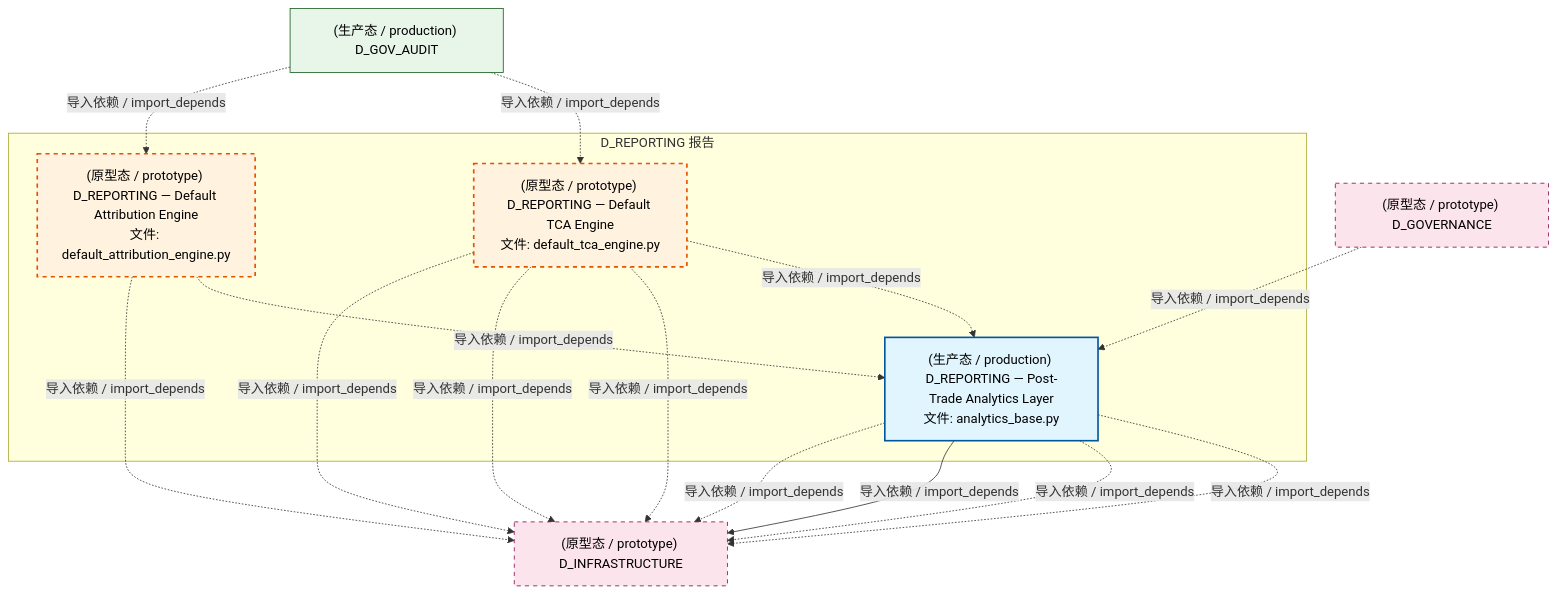
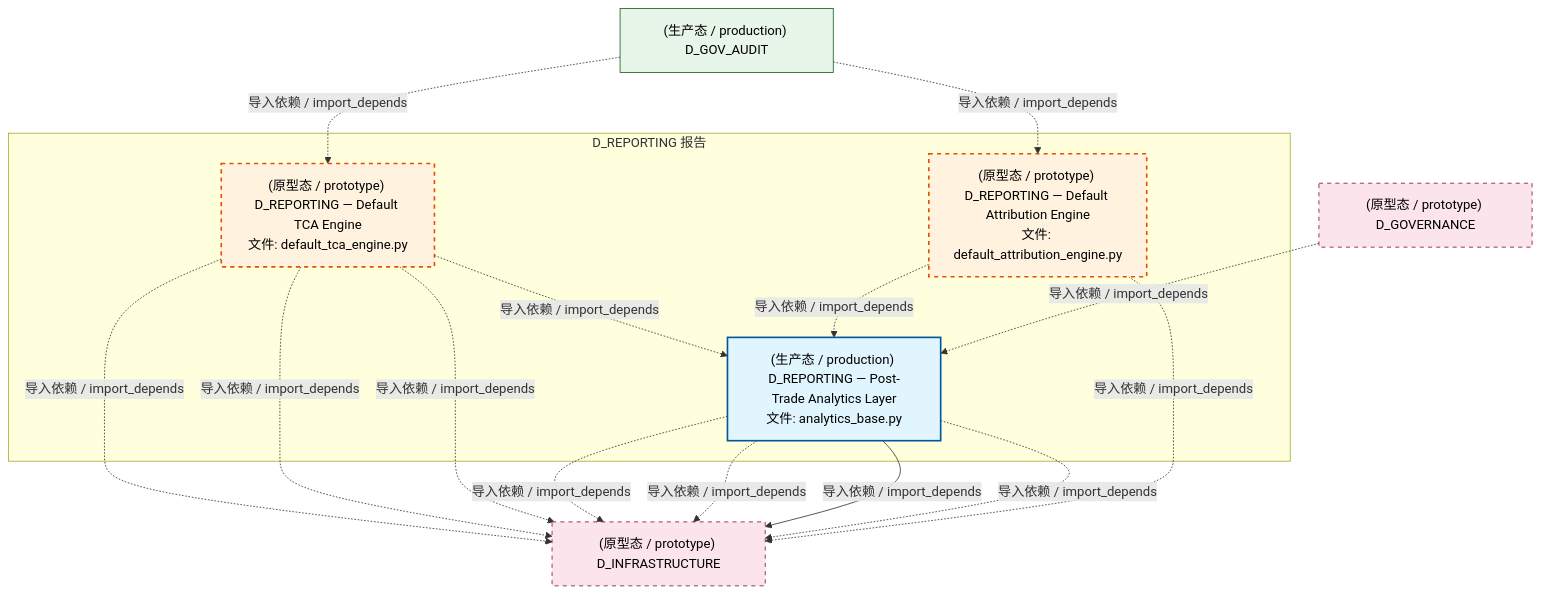
Before and after one commit to xuanFelixVan/ZephyrAlpha: the first of 4 diagrams in docs/02_enterprise_architecture/02_domain_architecture_docs/23_d_reporting.md, drawn with Mermaid. The commit also changed other lines of this file and 87 other files, not shown here.

````diff
--- a/docs/02_enterprise_architecture/02_domain_architecture_docs/23_d_reporting.md
+++ b/docs/02_enterprise_architecture/02_domain_architecture_docs/23_d_reporting.md
@@ -65,32 +65,32 @@
 ```mermaid
 graph TD
     subgraph D_REPORTING["D_REPORTING 报告"]
         src_zephyr_reporting_analytics_base_py["(生产态 / production) D_REPORTING — Post-Trade Analytics Layer<br/>文件: analytics_base.py"]
         src_zephyr_reporting_default_attribution_engine_py["(原型态 / prototype) D_REPORTING — Default Attribution Engine<br/>文件: default_attribution_engine.py"]
         src_zephyr_reporting_default_tca_engine_py["(原型态 / prototype) D_REPORTING — Default TCA Engine<br/>文件: default_tca_engine.py"]
     end
     src_zephyr_reporting_default_tca_engine_py -.->|导入依赖 / import_depends| src_zephyr_reporting_analytics_base_py
     src_zephyr_reporting_default_attribution_engine_py -.->|导入依赖 / import_depends| src_zephyr_reporting_analytics_base_py
     D_INFRASTRUCTURE["(原型态 / prototype) D_INFRASTRUCTURE"]
-    src_zephyr_reporting_analytics_base_py -.->|导入依赖 / import_depends| D_INFRASTRUCTURE
     src_zephyr_reporting_default_tca_engine_py -.->|导入依赖 / import_depends| D_INFRASTRUCTURE
     src_zephyr_reporting_default_tca_engine_py -.->|导入依赖 / import_depends| D_INFRASTRUCTURE
+    src_zephyr_reporting_default_tca_engine_py -.->|导入依赖 / import_depends| D_INFRASTRUCTURE
+    src_zephyr_reporting_analytics_base_py -.->|导入依赖 / import_depends| D_INFRASTRUCTURE
     src_zephyr_reporting_analytics_base_py -.->|导入依赖 / import_depends| D_INFRASTRUCTURE
     src_zephyr_reporting_analytics_base_py -->|导入依赖 / import_depends| D_INFRASTRUCTURE
     src_zephyr_reporting_analytics_base_py -.->|导入依赖 / import_depends| D_INFRASTRUCTURE
     src_zephyr_reporting_default_attribution_engine_py -.->|导入依赖 / import_depends| D_INFRASTRUCTURE
-    src_zephyr_reporting_default_tca_engine_py -.->|导入依赖 / import_depends| D_INFRASTRUCTURE
     D_GOV_AUDIT["(生产态 / production) D_GOV_AUDIT"]
     D_GOV_AUDIT -.->|导入依赖 / import_depends| src_zephyr_reporting_default_tca_engine_py
     D_GOV_AUDIT -.->|导入依赖 / import_depends| src_zephyr_reporting_default_attribution_engine_py
     D_GOVERNANCE["(原型态 / prototype) D_GOVERNANCE"]
     D_GOVERNANCE -.->|导入依赖 / import_depends| src_zephyr_reporting_analytics_base_py
     classDef production fill:#e1f5fe,stroke:#01579b,stroke-width:2px,color:#000
     classDef design fill:#fff3e0,stroke:#e65100,stroke-width:2px,color:#000,stroke-dasharray: 5 5
     classDef external_prod fill:#e8f5e9,stroke:#1b5e20,stroke-width:1px,color:#000
     classDef external_design fill:#fce4ec,stroke:#880e4f,stroke-width:1px,color:#000,stroke-dasharray: 5 5
     class src_zephyr_reporting_analytics_base_py production
     class src_zephyr_reporting_default_attribution_engine_py,src_zephyr_reporting_default_tca_engine_py design
     class D_GOV_AUDIT external_prod
     class D_INFRASTRUCTURE,D_GOVERNANCE external_design
 ```
````
